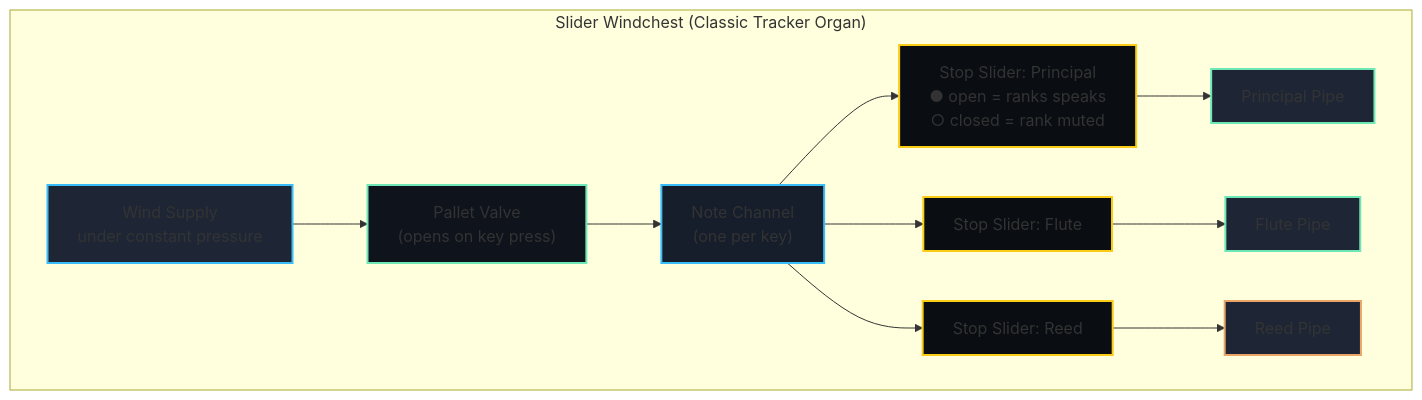
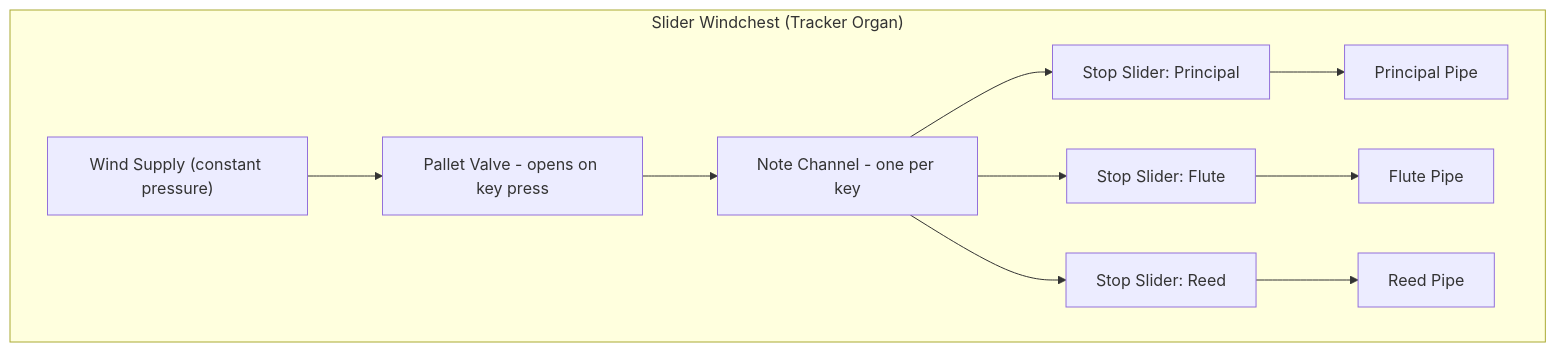
One commit to blebleblee/synapse changed the second of 8 diagrams in topics/arts/music_performance/organ/lesson_01_organ_anatomy.md. Above: the diagram before and after it, drawn with Mermaid. The commit also changed other lines of this file and 4 other files, not shown here.

````diff
--- a/topics/arts/music_performance/organ/lesson_01_organ_anatomy.md
+++ b/topics/arts/music_performance/organ/lesson_01_organ_anatomy.md
@@ -116,23 +97,13 @@
 ```mermaid
 graph TB
-    subgraph sub_slider_windchest ["Slider Windchest (Classic Tracker Organ)"]
-        WS["Wind Supply\nunder constant pressure"] --> PV["Pallet Valve\n(opens on key press)"]
-        PV --> NC["Note Channel\n(one per key)"]
-        NC --> SL1["Stop Slider: Principal\n● open = ranks speaks\n○ closed = rank muted"]
+    subgraph sub_slider_windchest ["Slider Windchest (Tracker Organ)"]
+        WS["Wind Supply (constant pressure)"] --> PV["Pallet Valve - opens on key press"]
+        PV --> NC["Note Channel - one per key"]
+        NC --> SL1["Stop Slider: Principal"]
         NC --> SL2["Stop Slider: Flute"]
         NC --> SL3["Stop Slider: Reed"]
         SL1 --> P1["Principal Pipe"]
         SL2 --> P2["Flute Pipe"]
         SL3 --> P3["Reed Pipe"]
     end
-
-    style WS fill:#1E2636,stroke:#38BDF8,stroke-width:2px
-    style PV fill:#0F131C,stroke:#6EE7B7,stroke-width:2px
-    style NC fill:#161D2B,stroke:#38BDF8,stroke-width:2px
-    style SL1 fill:#0A0D12,stroke:#FACC15,stroke-width:2px
-    style SL2 fill:#0A0D12,stroke:#FACC15,stroke-width:2px
-    style SL3 fill:#0A0D12,stroke:#FACC15,stroke-width:2px
-    style P1 fill:#1E2636,stroke:#6EE7B7,stroke-width:2px
-    style P2 fill:#1E2636,stroke:#6EE7B7,stroke-width:2px
-    style P3 fill:#1E2636,stroke:#E9A568,stroke-width:2px
 ```
````
